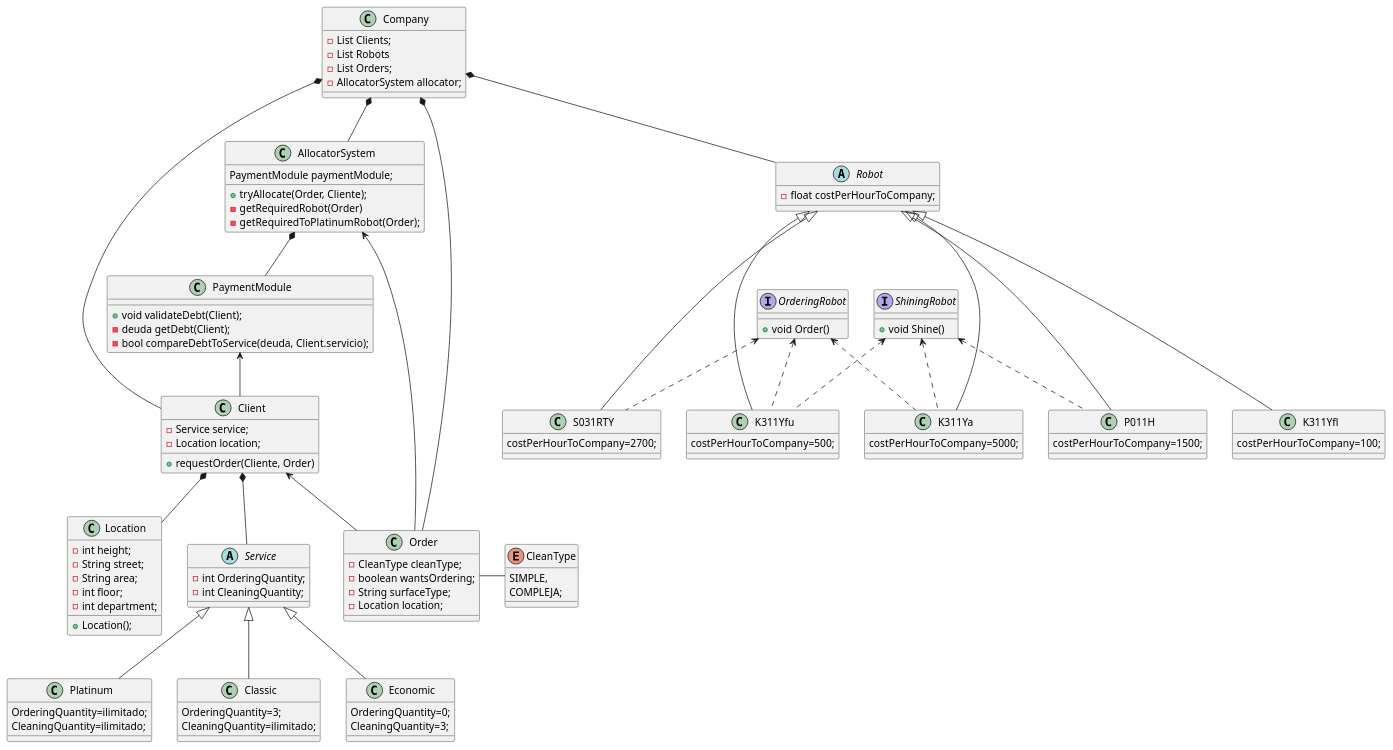
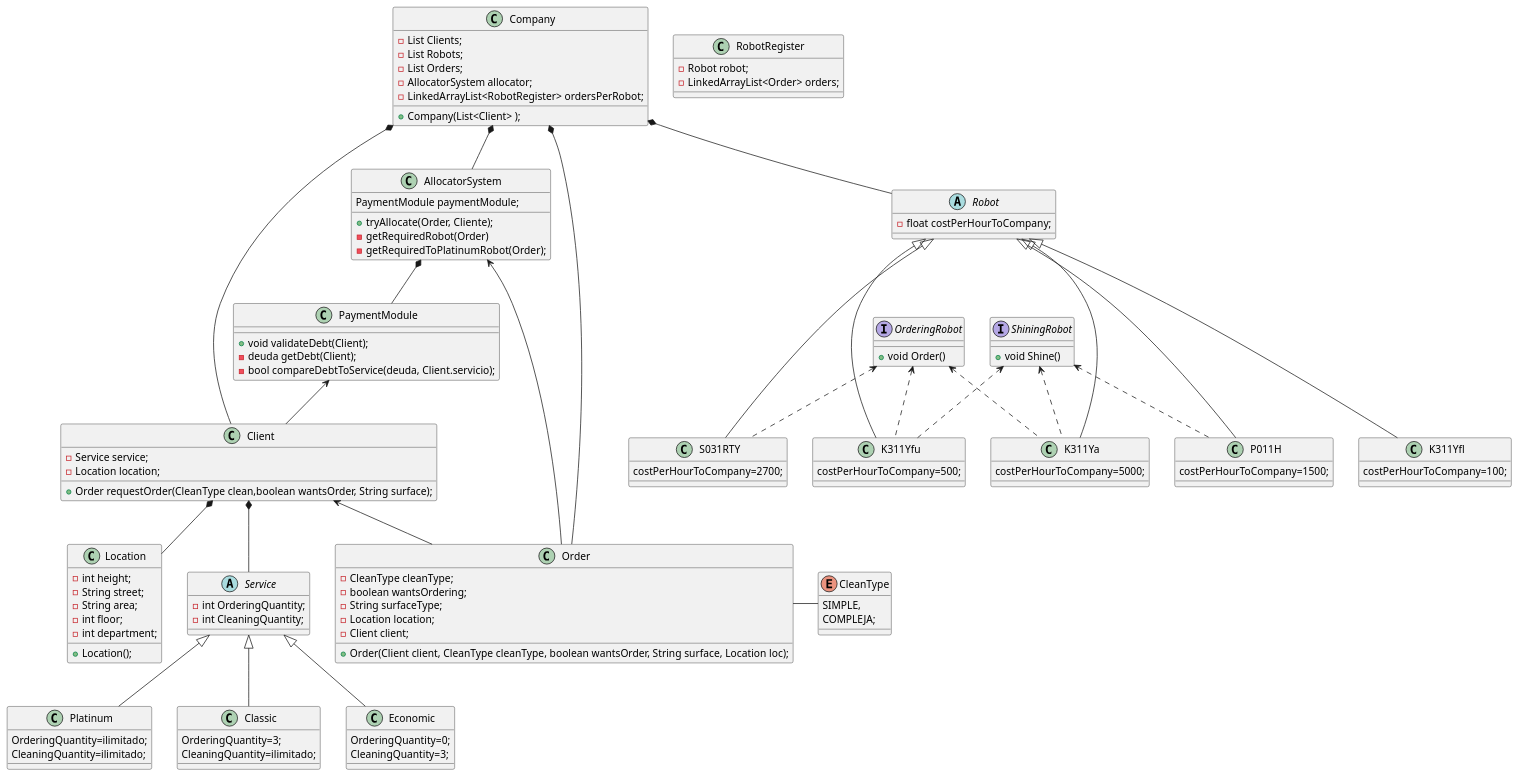
The diagram in src/main/Docs/Robotitos.puml (octex/tp-progIII-UTN-TSSI), drawn with PlantUML before and after one commit. The commit also changed 1 other file, not shown here.

Commit message:
Actualizo diagrama

```diff
--- a/src/main/Docs/Robotitos.puml
+++ b/src/main/Docs/Robotitos.puml
@@ -1,127 +1,137 @@
 @startuml
 'https://plantuml.com/class-diagram
 
 class Client {
     - Service service;
     - Location location;
-    +requestOrder(Cliente, Order)
+
+    + Order requestOrder(CleanType clean,boolean wantsOrder, String surface);
 }
 
 class Location{
     - int height;
     - String street;
     - String area;
     - int floor;
     - int department;
     + Location();
 }
 
+class RobotRegister{
+    - Robot robot;
+    - LinkedArrayList<Order> orders;
+}
 
 abstract Robot{
     - float costPerHourToCompany;
 }
 class S031RTY{
 costPerHourToCompany=2700;
 }
 class K311Yfu{
 costPerHourToCompany=500;
 }
 class P011H{
 costPerHourToCompany=1500;
 }
 class K311Ya{
 costPerHourToCompany=5000;
 }
 class K311Yfl{
 costPerHourToCompany=100;
 }
 
 interface OrderingRobot{
     + void Order()
 }
 interface ShiningRobot{
     + void Shine()
 }
 
 abstract Service{
     - int OrderingQuantity;
     - int CleaningQuantity;
 }
 class Platinum{
 OrderingQuantity=ilimitado;
 CleaningQuantity=ilimitado;
 }
 class Classic{
 OrderingQuantity=3;
 CleaningQuantity=ilimitado;
 }
 
 class Economic{
 OrderingQuantity=0;
 CleaningQuantity=3;
 }
 
 class Company{
-- List Clients;
-- List Robots
-- List Orders;
-- AllocatorSystem allocator;
+    - List Clients;
+    - List Robots;
+    - List Orders;
+    - AllocatorSystem allocator;
+    - LinkedArrayList<RobotRegister> ordersPerRobot;
+    + Company(List<Client> );
 }
+
 class Order{
     - CleanType cleanType;
     - boolean wantsOrdering;
     - String surfaceType;
     - Location location;
+    - Client client;
+
+    + Order(Client client, CleanType cleanType, boolean wantsOrder, String surface, Location loc);
 }
 enum CleanType{
     SIMPLE,
     COMPLEJA;
 }
 
 class AllocatorSystem{
 PaymentModule paymentModule;
 
 +tryAllocate(Order, Cliente);
 -getRequiredRobot(Order)
 -getRequiredToPlatinumRobot(Order);
 
 }
 
 class PaymentModule{
   +void validateDebt(Client);
   -deuda getDebt(Client);
   -bool compareDebtToService(deuda, Client.servicio);
-
 }
 
 AllocatorSystem*--PaymentModule
 PaymentModule<--Client
 Service <|-- Platinum
 Service <|-- Classic
 Service <|-- Economic
 
 Company *-- AllocatorSystem
 Company*-- Robot
 Company *-- Client
 Company *-- Order
 
 Robot <|--- K311Yfl
 Robot <|--- K311Yfu
 Robot <|--- P011H
 Robot <|--- K311Ya
 Robot <|--- S031RTY
 
 ShiningRobot <.. K311Yfu
 ShiningRobot <.. P011H
 ShiningRobot <.. K311Ya
 OrderingRobot <.. K311Yfu
 OrderingRobot <.. K311Ya
 OrderingRobot <.. S031RTY
 
 Client *-- Service
 Client *-- Location
 
 Order- CleanType
 Client<--Order
 AllocatorSystem <-- Order
 @enduml
```
